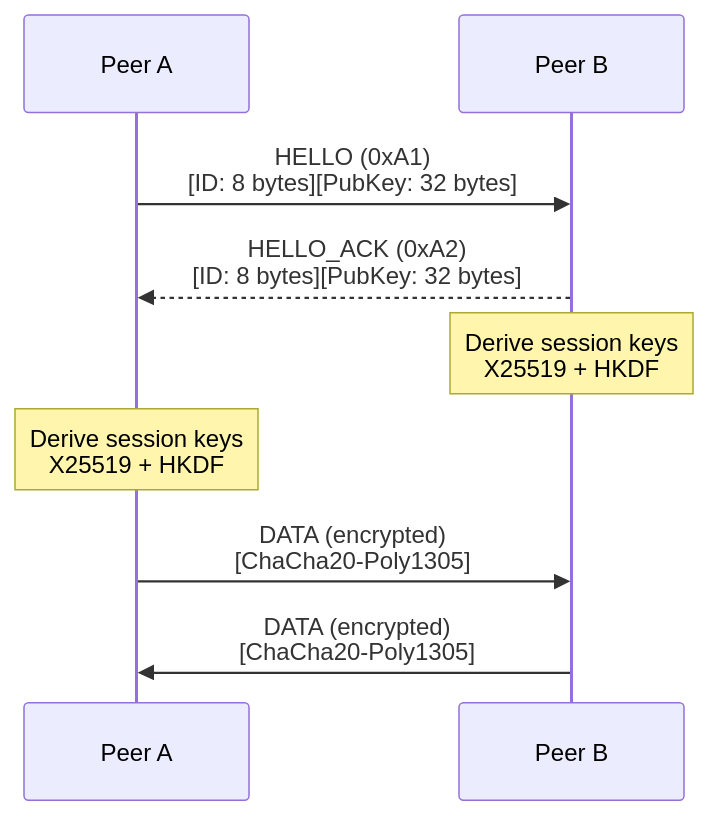
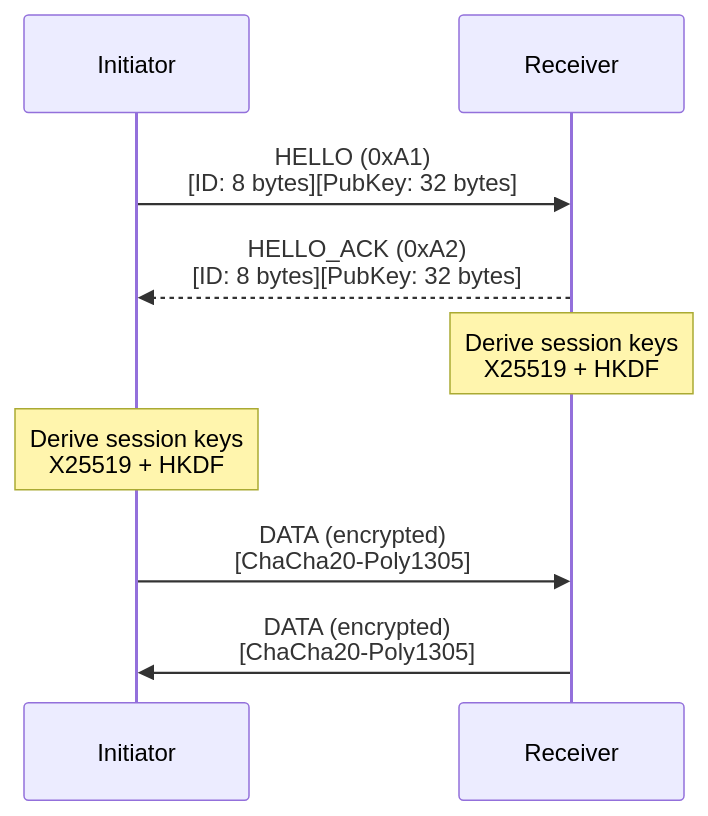
Before and after one commit to setowire-org/js-setowire: the fourth of 12 diagrams in SPEC.md, drawn with Mermaid. The commit also changed other lines of this file, not shown here.

````diff
--- a/SPEC.md
+++ b/SPEC.md
@@ -180,15 +237,15 @@
 ```mermaid
 sequenceDiagram
-    participant A as Peer A
-    participant B as Peer B
+    participant A as Initiator
+    participant B as Receiver
     
     A->>B: HELLO (0xA1)<br/>[ID: 8 bytes][PubKey: 32 bytes]
     B-->>A: HELLO_ACK (0xA2)<br/>[ID: 8 bytes][PubKey: 32 bytes]
     
     Note over B: Derive session keys<br/>X25519 + HKDF
     
     Note over A: Derive session keys<br/>X25519 + HKDF
     
     A->>B: DATA (encrypted)<br/>[ChaCha20-Poly1305]
     B->>A: DATA (encrypted)<br/>[ChaCha20-Poly1305]
 ```
````
